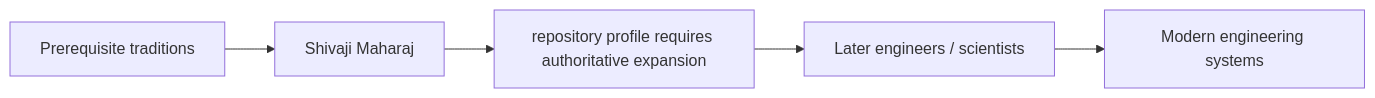
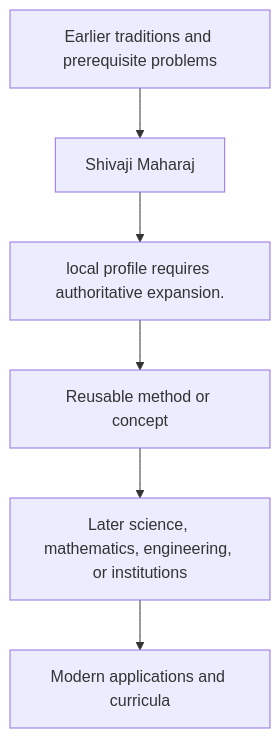
Before and after one commit to via-decide/ViaLogic: the diagram in docs/history/shivaji-maharaj/influence.md, drawn with Mermaid. The commit also changed other lines of this file and 858 other files, not shown here.

````diff
--- a/docs/history/shivaji-maharaj/influence.md
+++ b/docs/history/shivaji-maharaj/influence.md
@@ -29,7 +16,8 @@
 ```mermaid
-graph LR
-  prerequisites["Prerequisite traditions"] --> current["Shivaji Maharaj"]
-  current --> contribution["repository profile requires authoritative expansion"]
-  contribution --> successors["Later engineers / scientists"]
-  successors --> modern["Modern engineering systems"]
+graph TD
+  Prior[Earlier traditions and prerequisite problems] --> Person[Shivaji Maharaj]
+  Person --> Contribution[local profile requires authoritative expansion.]
+  Contribution --> Method[Reusable method or concept]
+  Method --> Later[Later science, mathematics, engineering, or institutions]
+  Later --> Modern[Modern applications and curricula]
 ```
````
